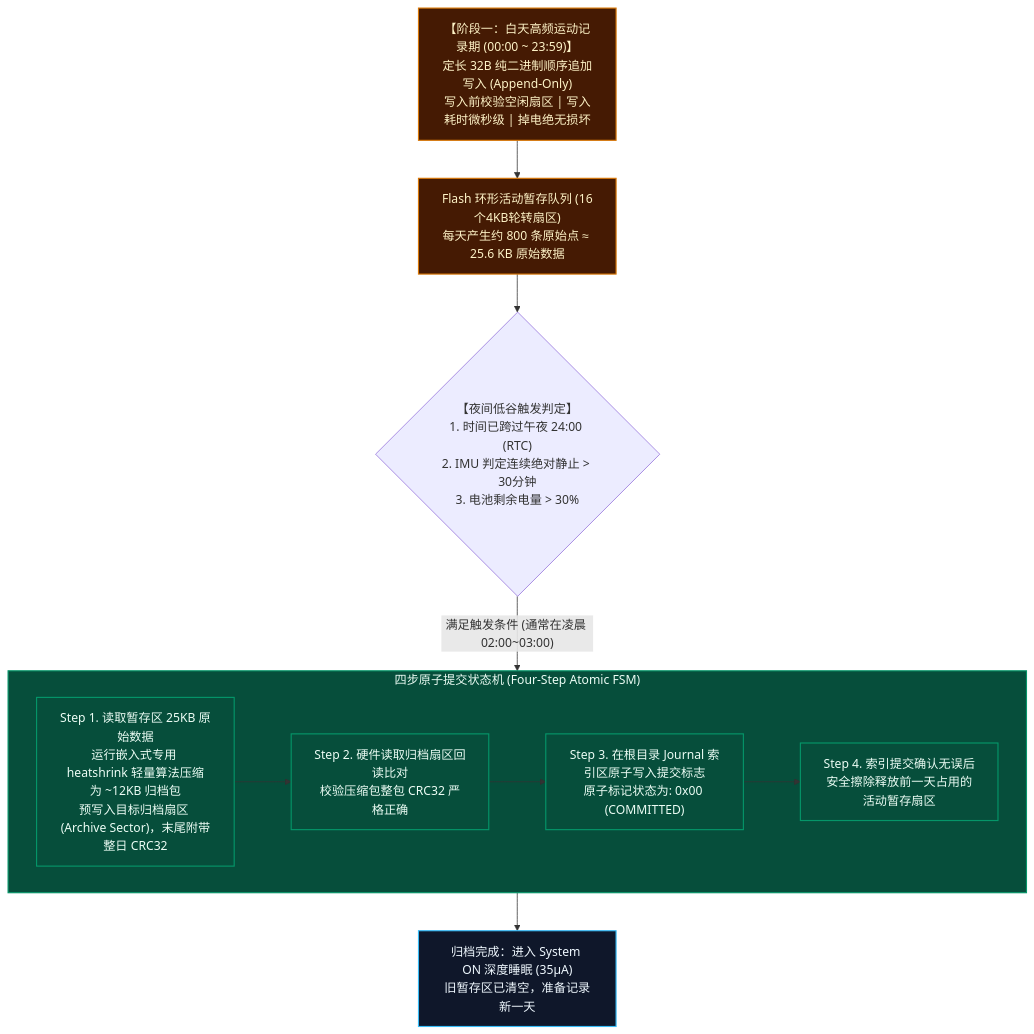
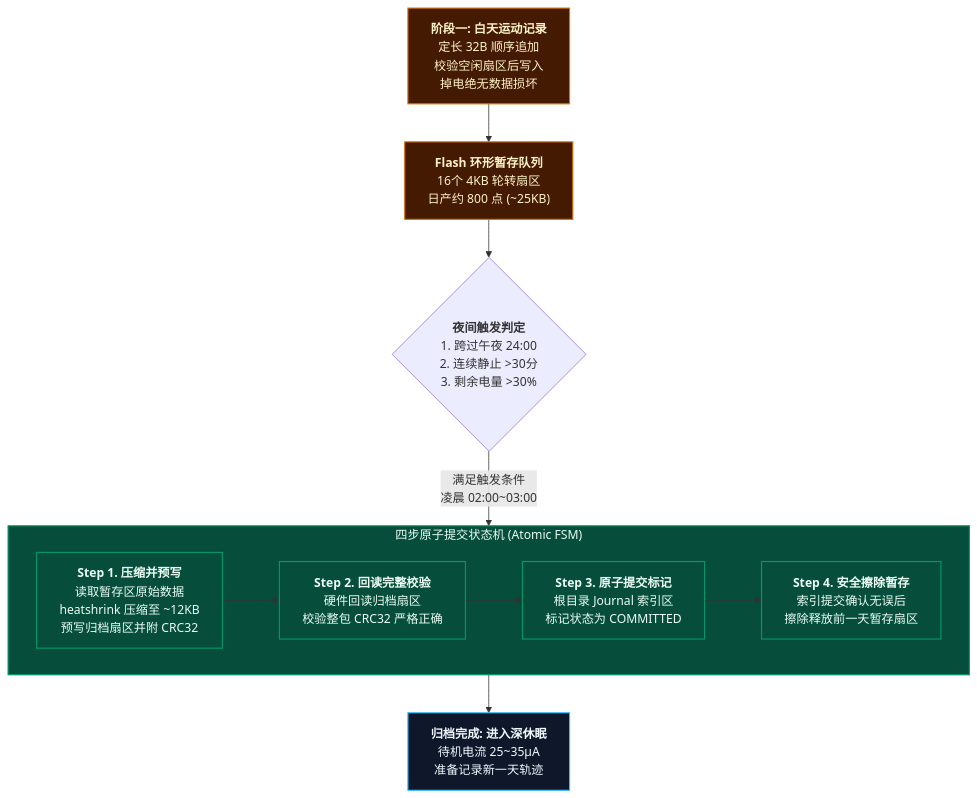
One commit to suntyrael/Life_GPS changed the sixth of 6 diagrams in README.md. Above: the diagram before and after it, drawn with Mermaid. The commit also changed other lines of this file and 1 other file, not shown here.

First line of the commit message:
fix(arch): freeze Phase 1 baseline, cross-verify QFN48 pins, add RF DFT BOM and ZUPT specs

````diff
--- a/README.md
+++ b/README.md
@@ -755,22 +856,22 @@
 ```mermaid
 flowchart TD
     classDef hdr fill:#0f172a,stroke:#38bdf8,stroke-width:1.5px,color:#f0f9ff;
     classDef stage fill:#451a03,stroke:#d97706,stroke-width:1.5px,color:#fef3c7;
     classDef arch fill:#064e3b,stroke:#059669,stroke-width:1.5px,color:#ecfdf5;
 
-    SUB1["【阶段一：白天高频运动记录期 (00:00 ~ 23:59)】<br/>定长 32B 纯二进制顺序追加写入 (Append-Only)<br/>写入前校验空闲扇区 | 写入耗时微秒级 | 掉电绝无损坏"]:::stage --> BUF["Flash 环形活动暂存队列 (16个4KB轮转扇区)<br/>每天产生约 800 条原始点 ≈ 25.6 KB 原始数据"]:::stage
+    SUB1["<b>阶段一: 白天运动记录</b><br/>定长 32B 顺序追加<br/>校验空闲扇区后写入<br/>掉电绝无数据损坏"]:::stage --> BUF["<b>Flash 环形暂存队列</b><br/>16个 4KB 轮转扇区<br/>日产约 800 点 (~25KB)"]:::stage
 
-    BUF --> TRIG{"【夜间低谷触发判定】<br/>1. 时间已跨过午夜 24:00 (RTC)<br/>2. IMU 判定连续绝对静止 > 30分钟<br/>3. 电池剩余电量 > 30%"}
+    BUF --> TRIG{"<b>夜间触发判定</b><br/>1. 跨过午夜 24:00<br/>2. 连续静止 &gt;30分<br/>3. 剩余电量 &gt;30%"}
 
-    TRIG -->|"满足触发条件 (通常在凌晨 02:00~03:00)"| ARCH_PROCESS["【阶段二：夜间原子归档事务 (Atomic Archival Transaction)】"]:::arch
+    TRIG -->|"满足触发条件<br/>凌晨 02:00~03:00"| ARCH_PROCESS["【阶段二：夜间原子归档事务】"]:::arch
 
-    subgraph ARCH_PROCESS ["四步原子提交状态机 (Four-Step Atomic FSM)"]
-        S1["Step 1. 读取暂存区 25KB 原始数据<br/>运行嵌入式专用 heatshrink 轻量算法压缩为 ~12KB 归档包<br/>预写入目标归档扇区 (Archive Sector)，末尾附带整日 CRC32"]:::arch
-        S2["Step 2. 硬件读取归档扇区回读比对<br/>校验压缩包整包 CRC32 严格正确"]:::arch
-        S3["Step 3. 在根目录 Journal 索引区原子写入提交标志<br/>原子标记状态为: 0x00 (COMMITTED)"]:::arch
-        S4["Step 4. 索引提交确认无误后<br/>安全擦除释放前一天占用的活动暂存扇区"]:::arch
+    subgraph ARCH_PROCESS ["四步原子提交状态机 (Atomic FSM)"]
+        S1["<b>Step 1. 压缩并预写</b><br/>读取暂存区原始数据<br/>heatshrink 压缩至 ~12KB<br/>预写归档扇区并附 CRC32"]:::arch
+        S2["<b>Step 2. 回读完整校验</b><br/>硬件回读归档扇区<br/>校验整包 CRC32 严格正确"]:::arch
+        S3["<b>Step 3. 原子提交标记</b><br/>根目录 Journal 索引区<br/>标记状态为 COMMITTED"]:::arch
+        S4["<b>Step 4. 安全擦除暂存</b><br/>索引提交确认无误后<br/>擦除释放前一天暂存扇区"]:::arch
         S1 --> S2 --> S3 --> S4
     end
 
-    ARCH_PROCESS --> COMPLETED["归档完成：进入 System ON 深度睡眠 (35µA)<br/>旧暂存区已清空，准备记录新一天"]:::hdr
+    ARCH_PROCESS --> COMPLETED["<b>归档完成: 进入深休眠</b><br/>待机电流 25~35µA<br/>准备记录新一天轨迹"]:::hdr
 ```
````
